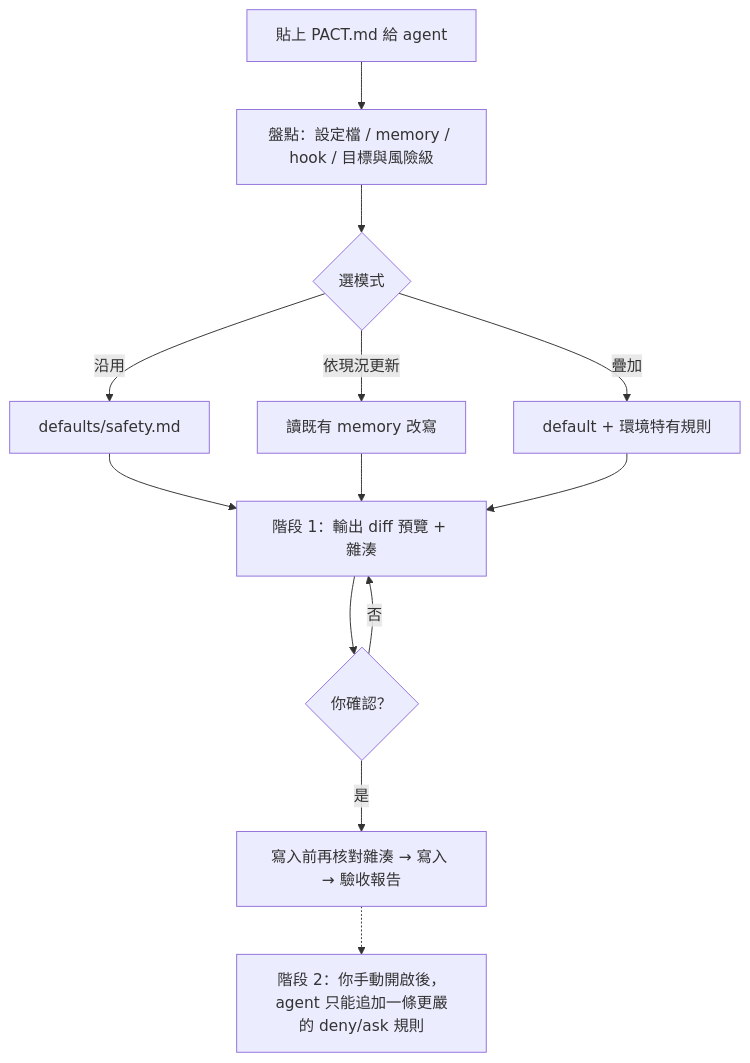
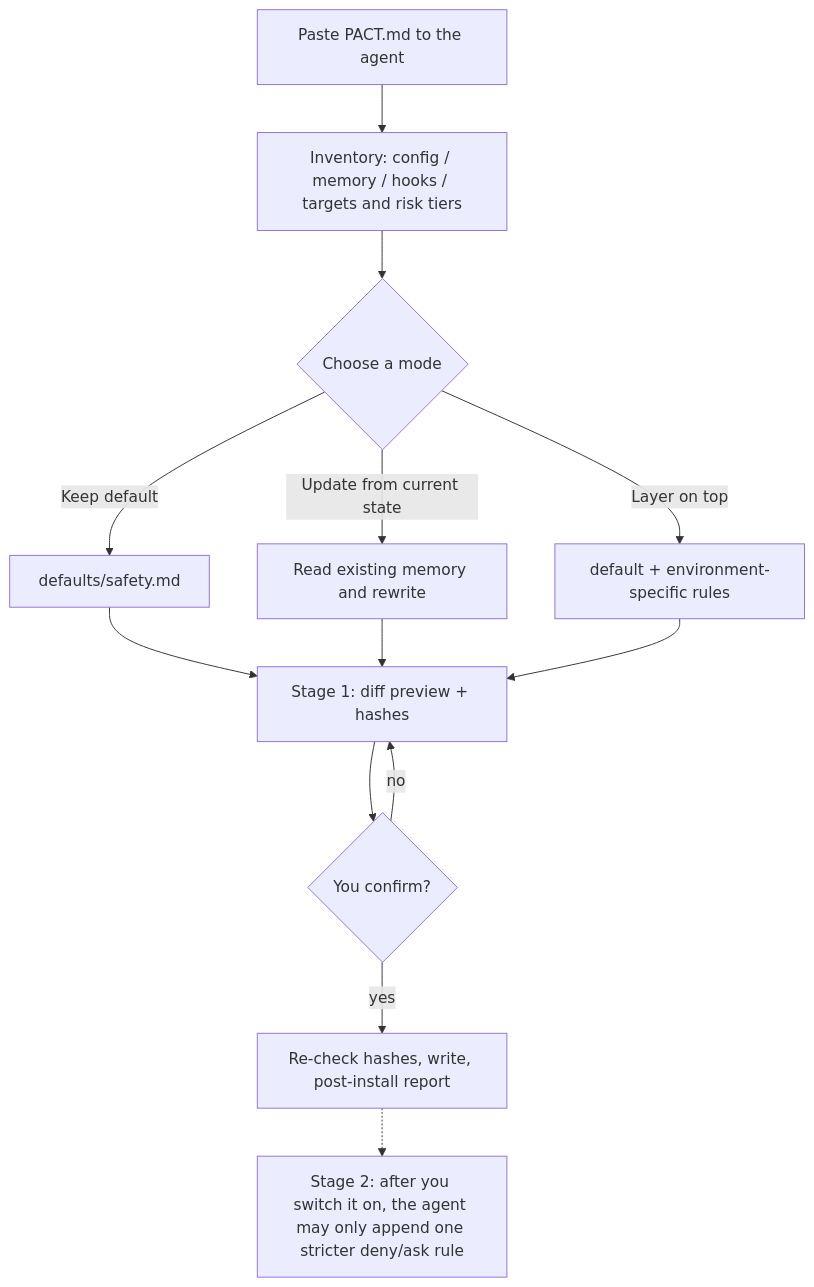
The diagram in README.md (heavenruler/agent-pact), drawn with Mermaid before and after one commit. The commit also changed other lines of this file and 13 other files, not shown here.

Commit message:
i18n: English by default (README, PACT, defaults, boundary-check, docs); keep Traditional Chinese as *.zh-TW.md

````diff
--- a/README.md
+++ b/README.md
@@ -21,15 +23,15 @@
 ```mermaid
 flowchart TD
-    A[貼上 PACT.md 給 agent] --> B[盤點：設定檔 / memory / hook / 目標與風險級]
-    B --> C{選模式}
-    C -->|沿用| D1[defaults/safety.md]
-    C -->|依現況更新| D2[讀既有 memory 改寫]
-    C -->|疊加| D3[default + 環境特有規則]
-    D1 --> E[階段 1：輸出 diff 預覽 + 雜湊]
+    A[Paste PACT.md to the agent] --> B[Inventory: config / memory / hooks / targets and risk tiers]
+    B --> C{Choose a mode}
+    C -->|Keep default| D1[defaults/safety.md]
+    C -->|Update from current state| D2[Read existing memory and rewrite]
+    C -->|Layer on top| D3[default + environment-specific rules]
+    D1 --> E[Stage 1: diff preview + hashes]
     D2 --> E
     D3 --> E
-    E --> F{你確認？}
-    F -->|否| E
-    F -->|是| G[寫入前再核對雜湊 → 寫入 → 驗收報告]
-    G -.-> H[階段 2：你手動開啟後，agent 只能追加一條更嚴的 deny/ask 規則]
+    E --> F{You confirm?}
+    F -->|no| E
+    F -->|yes| G[Re-check hashes, write, post-install report]
+    G -.-> H[Stage 2: after you switch it on, the agent may only append one stricter deny/ask rule]
 ```
````
